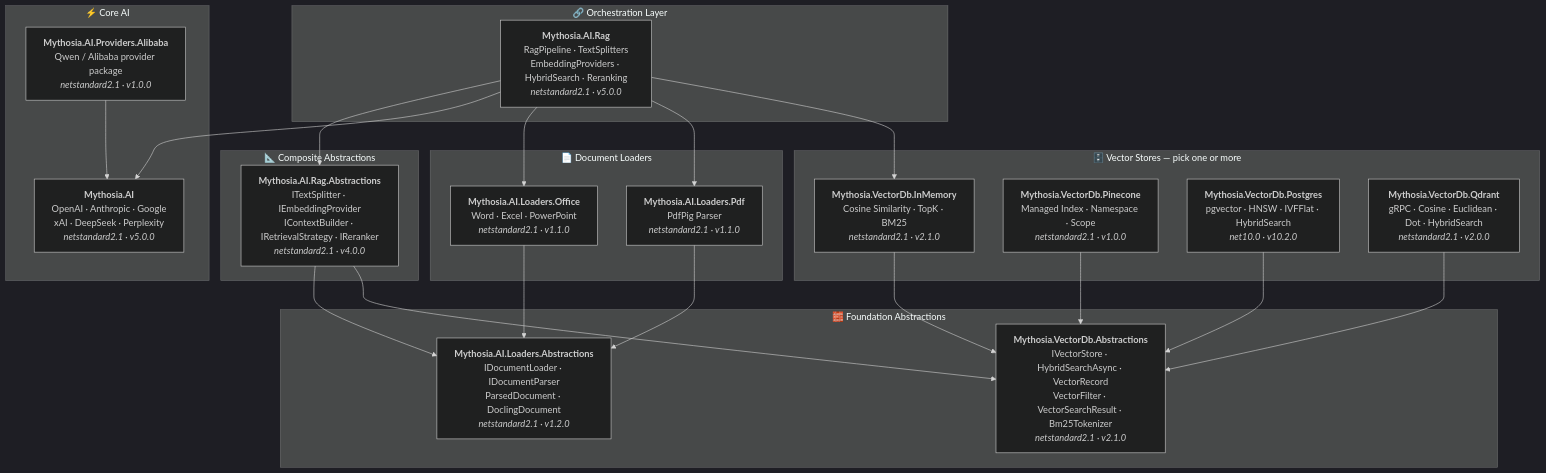
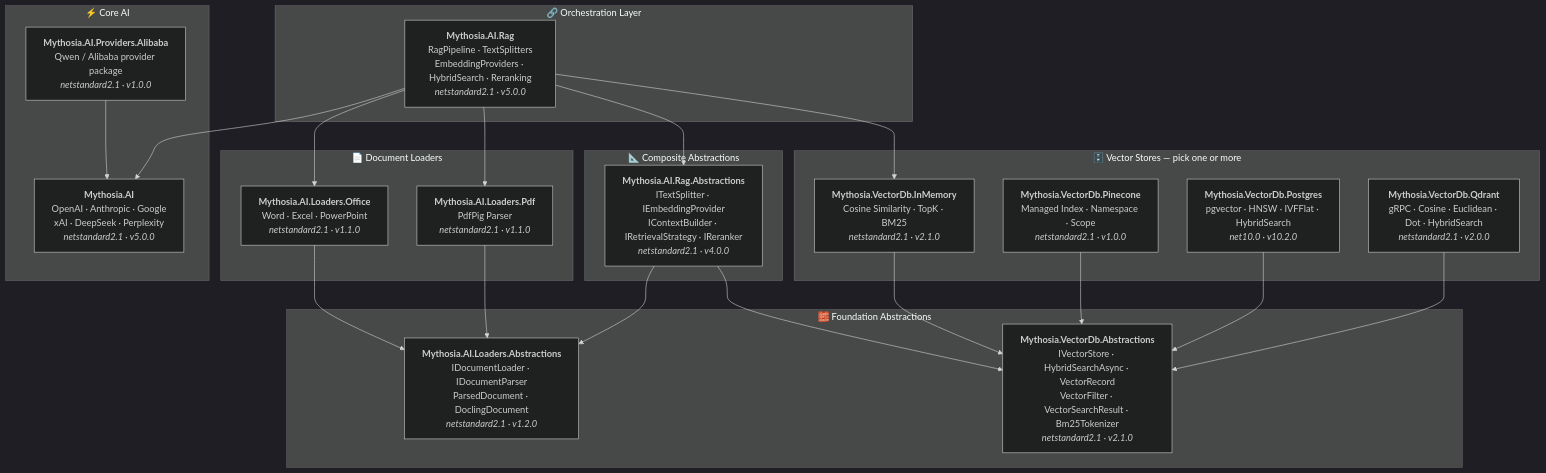
Before and after one commit to AJ-comp/Mythosia.AI: the diagram in README.md, drawn with Mermaid (dark theme). The commit also changed other lines of this file and 5 other files, not shown here.

````diff
--- a/README.md
+++ b/README.md
@@ -58,56 +58,56 @@
 ```mermaid
 graph TD
     subgraph "🔗 Orchestration Layer"
         Rag["<b>Mythosia.AI.Rag</b><br/>RagPipeline · TextSplitters<br/>EmbeddingProviders · HybridSearch · Reranking<br/><i>netstandard2.1 · v5.0.0</i>"]
     end
 
     subgraph "⚡ Core AI"
         AI["<b>Mythosia.AI</b><br/>OpenAI · Anthropic · Google<br/>xAI · DeepSeek · Perplexity<br/><i>netstandard2.1 · v5.0.0</i>"]
         Alibaba["<b>Mythosia.AI.Providers.Alibaba</b><br/>Qwen / Alibaba provider package<br/><i>netstandard2.1 · v1.0.0</i>"]
     end
 
     subgraph "📄 Document Loaders"
         Office["<b>Mythosia.AI.Loaders.Office</b><br/>Word · Excel · PowerPoint<br/><i>netstandard2.1 · v1.1.0</i>"]
         Pdf["<b>Mythosia.AI.Loaders.Pdf</b><br/>PdfPig Parser<br/><i>netstandard2.1 · v1.1.0</i>"]
     end
 
     subgraph "📐 Composite Abstractions"
         RagAbs["<b>Mythosia.AI.Rag.Abstractions</b><br/>ITextSplitter · IEmbeddingProvider<br/>IContextBuilder · IRetrievalStrategy · IReranker<br/><i>netstandard2.1 · v4.0.0</i>"]
     end
 
     subgraph "🗄️ Vector Stores — pick one or more"
         InMem["<b>Mythosia.VectorDb.InMemory</b><br/>Cosine Similarity · TopK · BM25<br/><i>netstandard2.1 · v2.1.0</i>"]
         Pine["<b>Mythosia.VectorDb.Pinecone</b><br/>Managed Index · Namespace · Scope<br/><i>netstandard2.1 · v1.0.0</i>"]
         Pg["<b>Mythosia.VectorDb.Postgres</b><br/>pgvector · HNSW · IVFFlat · HybridSearch<br/><i>net10.0 · v10.2.0</i>"]
         Qd["<b>Mythosia.VectorDb.Qdrant</b><br/>gRPC · Cosine · Euclidean · Dot · HybridSearch<br/><i>netstandard2.1 · v2.0.0</i>"]
     end
 
     subgraph "🧱 Foundation Abstractions"
         LoaderAbs["<b>Mythosia.AI.Loaders.Abstractions</b><br/>IDocumentLoader · IDocumentParser<br/>ParsedDocument · DoclingDocument<br/><i>netstandard2.1 · v1.2.0</i>"]
         VdbAbs["<b>Mythosia.VectorDb.Abstractions</b><br/>IVectorStore · HybridSearchAsync · VectorRecord<br/>VectorFilter · VectorSearchResult · Bm25Tokenizer<br/><i>netstandard2.1 · v2.1.0</i>"]
     end
 
     %% Orchestration → dependencies
-    Rag --> RagAbs
     Rag --> AI
     Rag --> Office
     Rag --> Pdf
+    Rag --> RagAbs
     Rag --> InMem
 
     %% Provider packages → core
     Alibaba --> AI
 
     %% Composite → Foundation
     RagAbs --> LoaderAbs
     RagAbs --> VdbAbs
 
     %% Loaders → Foundation
     Office --> LoaderAbs
     Pdf --> LoaderAbs
 
     %% VectorStores → Foundation
     InMem --> VdbAbs
     Pine --> VdbAbs
     Pg --> VdbAbs
     Qd --> VdbAbs
 ```
````
